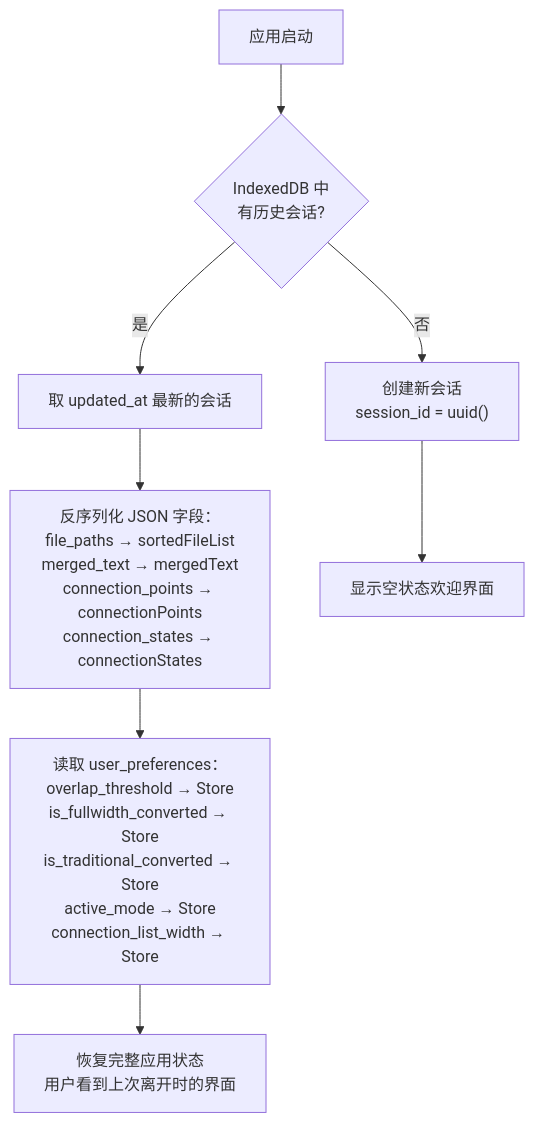
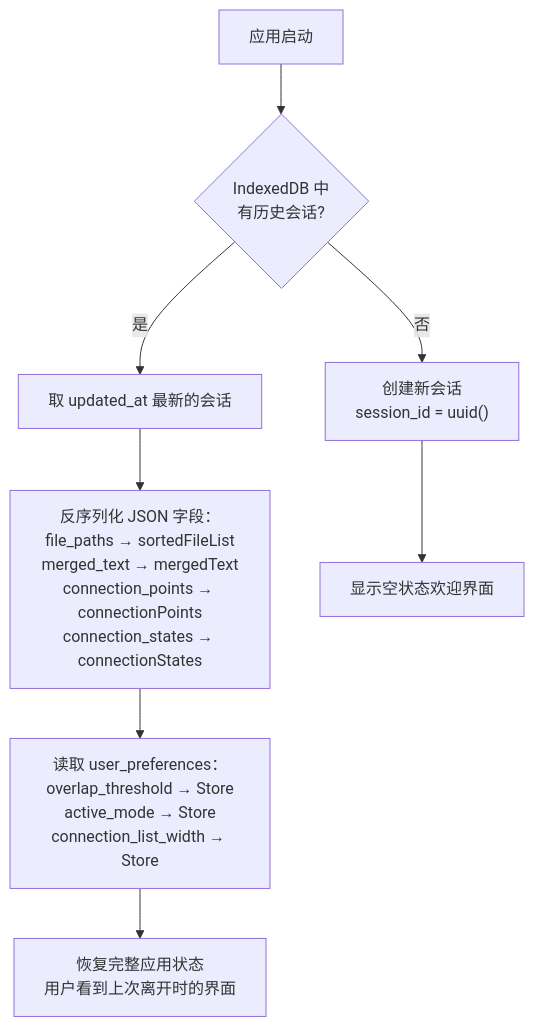
One commit to VickLi/Text-Unifier changed the second of 3 diagrams in 02-architecture/db-design-v4.0.0.md. Above: the diagram before and after it, drawn with Mermaid. The commit also changed other lines of this file and 21 other files, not shown here.

````diff
--- a/02-architecture/db-design-v4.0.0.md
+++ b/02-architecture/db-design-v4.0.0.md
@@ -179,10 +179,10 @@
 ```mermaid
 flowchart TD
     START["应用启动"] --> CHECK{"IndexedDB 中<br/>有历史会话?"}
     CHECK -->|否| NEW["创建新会话<br/>session_id = uuid()"]
     CHECK -->|是| LATEST["取 updated_at 最新的会话"]
     LATEST --> RESTORE["反序列化 JSON 字段：<br/>file_paths → sortedFileList<br/>merged_text → mergedText<br/>connection_points → connectionPoints<br/>connection_states → connectionStates"]
-    RESTORE --> PREF["读取 user_preferences：<br/>overlap_threshold → Store<br/>is_fullwidth_converted → Store<br/>is_traditional_converted → Store<br/>active_mode → Store<br/>connection_list_width → Store"]
+    RESTORE --> PREF["读取 user_preferences：<br/>overlap_threshold → Store<br/>active_mode → Store<br/>connection_list_width → Store"]
     PREF --> STATE["恢复完整应用状态<br/>用户看到上次离开时的界面"]
     NEW --> IDLE["显示空状态欢迎界面"]
 ```
````
